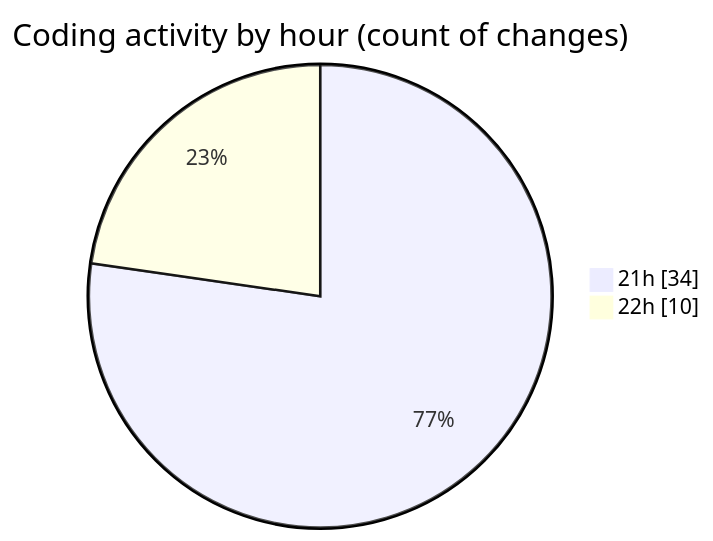
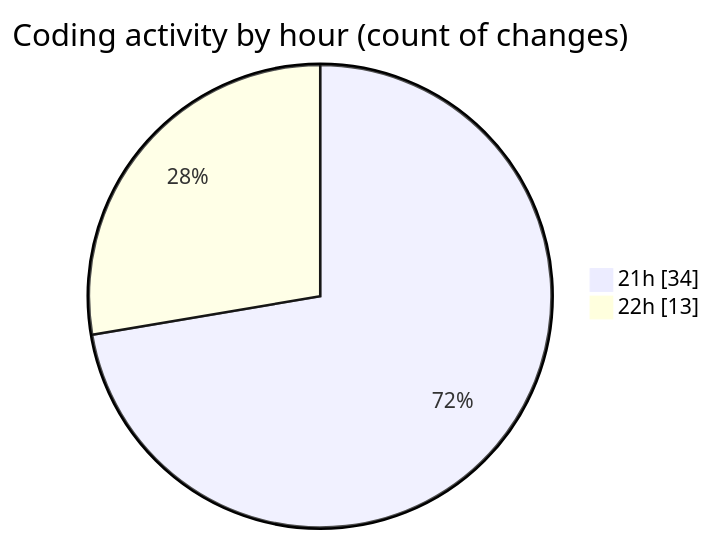
Before and after one commit to Ritupan-Deka/code-tracking: the second of 2 diagrams in 2025-10-31/backend/README.md, drawn with Mermaid. The commit also changed other lines of this file and 1 other file, not shown here.

````diff
--- a/2025-10-31/backend/README.md
+++ b/2025-10-31/backend/README.md
@@ -41,6 +41,6 @@
 ```mermaid
 pie showData
 title Coding activity by hour (count of changes)
 "21h" : 34
-"22h" : 10
+"22h" : 13
 ```
````
